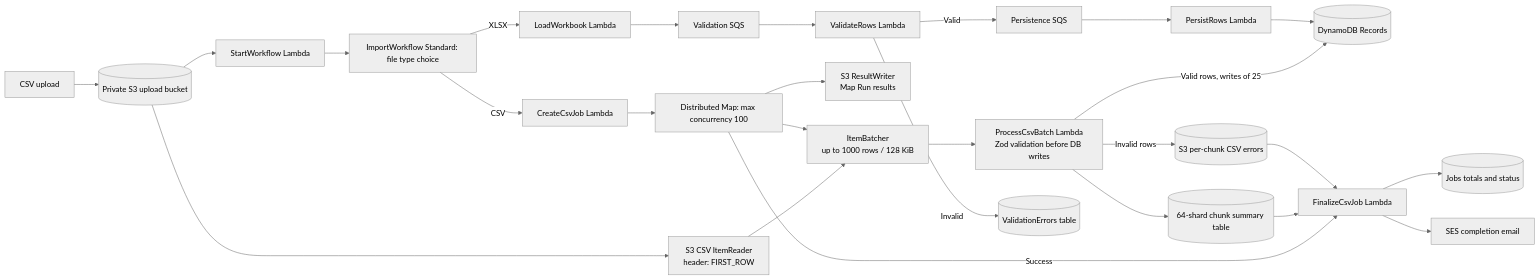
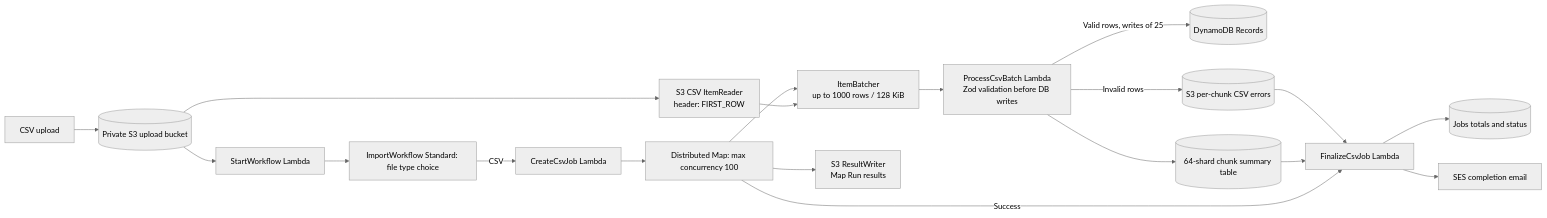
One commit to thishanih/aws-serverless-tabular-import-pipeline changed the diagram in docs/LARGE_CSV_SCALING.md. Above: the diagram before and after it, drawn with Mermaid (neutral theme). The commit also changed other lines of this file and 12 other files, not shown here.

````diff
--- a/docs/LARGE_CSV_SCALING.md
+++ b/docs/LARGE_CSV_SCALING.md
@@ -20,28 +17,21 @@
 ```mermaid
 flowchart LR
     Upload[CSV upload] --> S3[(Private S3 upload bucket)]
     S3 --> Start[StartWorkflow Lambda]
     Start --> Choice[ImportWorkflow Standard: file type choice]
     Choice -->|CSV| Create[CreateCsvJob Lambda]
     Create --> Map[Distributed Map: max concurrency 100]
     S3 --> Reader[S3 CSV ItemReader<br/>header: FIRST_ROW]
     Reader --> Batch[ItemBatcher<br/>up to 1000 rows / 128 KiB]
     Map --> Batch
     Batch --> Worker[ProcessCsvBatch Lambda<br/>Zod validation before DB writes]
     Worker -->|Valid rows, writes of 25| Records[(DynamoDB Records)]
     Worker -->|Invalid rows| ErrorPart[(S3 per-chunk CSV errors)]
     Worker --> Summary[(64-shard chunk summary table)]
     Map --> Results[S3 ResultWriter<br/>Map Run results]
     Map -->|Success| Finalize[FinalizeCsvJob Lambda]
     Summary --> Finalize
     ErrorPart --> Finalize
     Finalize --> Job[(Jobs totals and status)]
     Finalize --> Email[SES completion email]
-    Choice -->|XLSX| Loader[LoadWorkbook Lambda]
-    Loader --> VQ[Validation SQS]
-    VQ --> Validate[ValidateRows Lambda]
-    Validate -->|Valid| PQ[Persistence SQS]
-    Validate -->|Invalid| Errors[(ValidationErrors table)]
-    PQ --> Persist[PersistRows Lambda]
-    Persist --> Records
 ```
````
